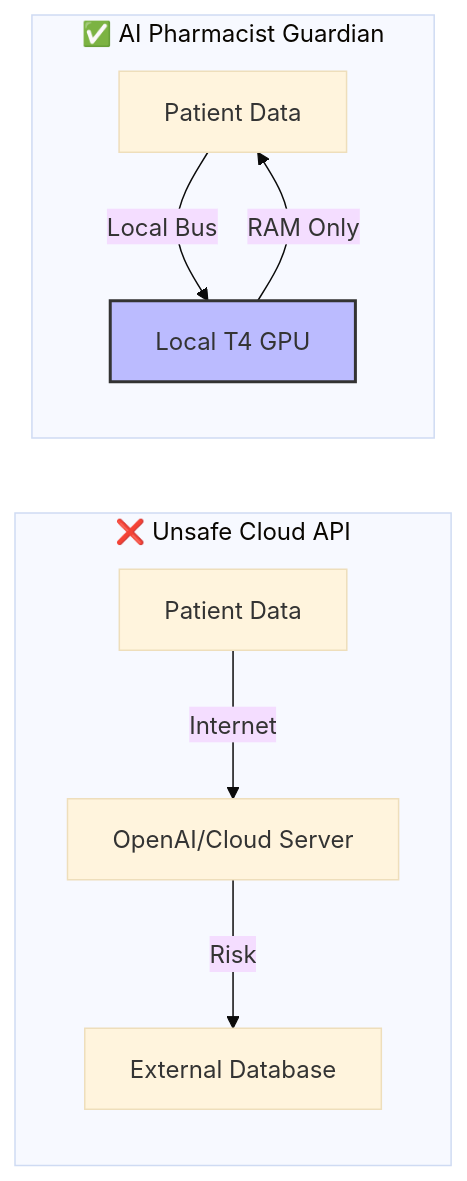
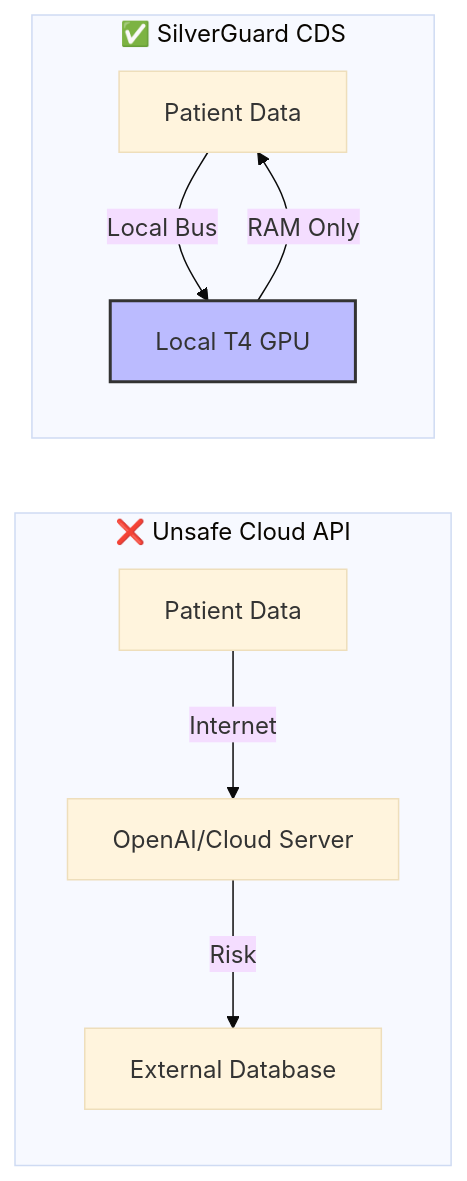
The third of 3 diagrams in README.md (mark941108/SilverGuard_CDS), drawn with Mermaid (base theme) before and after one commit. The commit also changed other lines of this file, not shown here.

````diff
--- a/README.md
+++ b/README.md
@@ -943,13 +928,13 @@
 ```mermaid
 graph LR
     subgraph Cloud_API_GPT4 [❌ Unsafe Cloud API]
         P1[Patient Data] -->|Internet| Server[OpenAI/Cloud Server]
         Server -->|Risk| DB[External Database]
     end
 
-    subgraph MedGemma_Edge [✅ AI Pharmacist Guardian]
+    subgraph SilverGuard_CDS [✅ SilverGuard CDS]
         P2[Patient Data] -->|Local Bus| GPU[Local T4 GPU]
         GPU -->|RAM Only| P2
         style GPU fill:#bbf,stroke:#333,stroke-width:2px
     end
 ```
````
